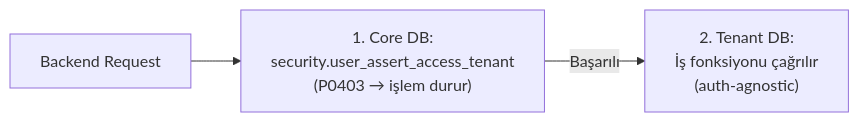
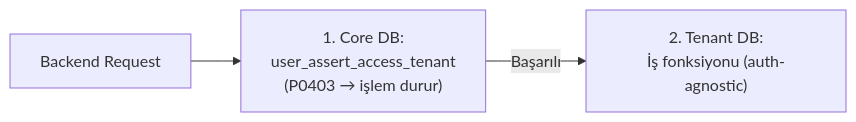
One commit to frhtshn/One.DB changed the fifth of 5 diagrams in .docs/reference/PROJECT_OVERVIEW.md. Above: the diagram before and after it, drawn with Mermaid. The commit also changed other lines of this file and 6 other files, not shown here.

Commit message:
docs: Update flowchart formatting for improved readability in multiple guides

````diff
--- a/.docs/reference/PROJECT_OVERVIEW.md
+++ b/.docs/reference/PROJECT_OVERVIEW.md
@@ -501,5 +501,5 @@
 ```mermaid
 flowchart LR
-    R["Backend Request"] --> A["1. Core DB:\nsecurity.user_assert_access_tenant\n(P0403 → işlem durur)"]
-    A -- "Başarılı" --> B["2. Tenant DB:\nİş fonksiyonu çağrılır\n(auth-agnostic)"]
+    R["Backend Request"] --> A["1. Core DB:<br/>user_assert_access_tenant<br/>(P0403 → işlem durur)"]
+    A -- "Başarılı" --> B["2. Tenant DB:<br/>İş fonksiyonu (auth-agnostic)"]
 ```
````
